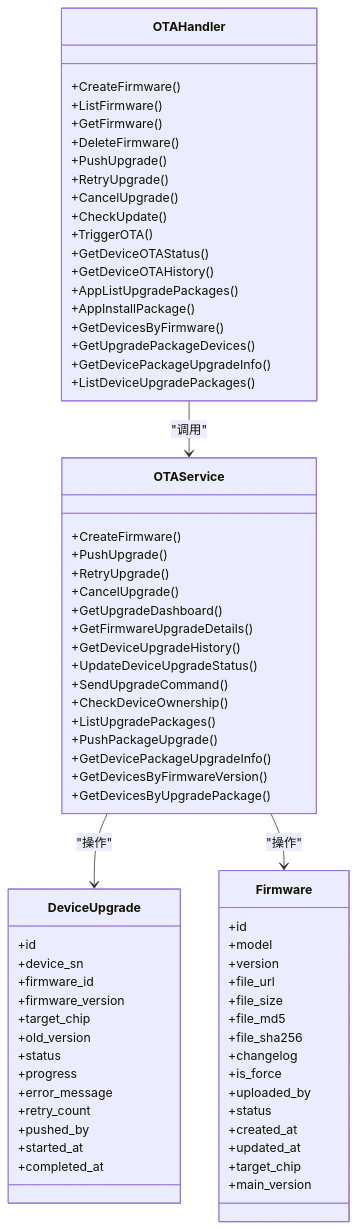
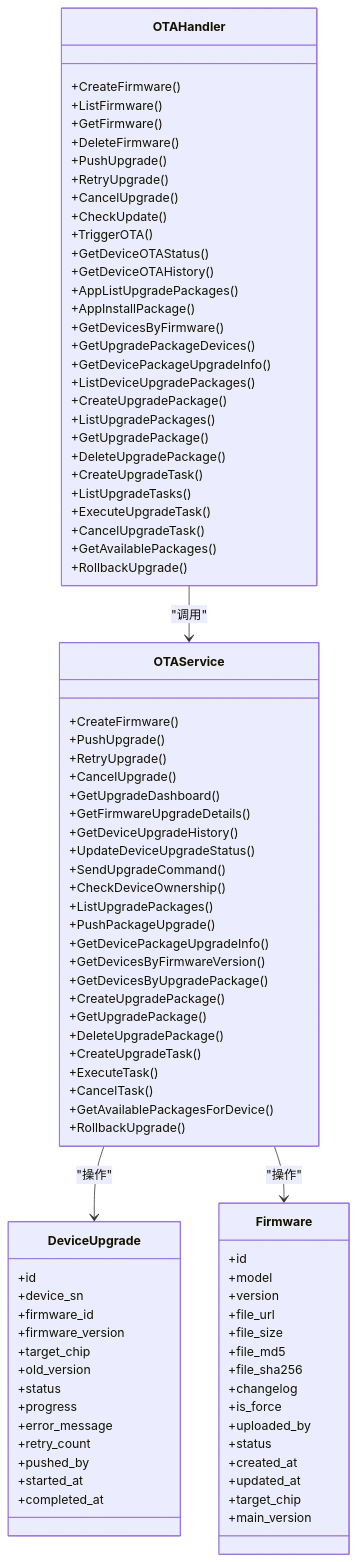
Before and after one commit to mcmrzy/cs_inv_monitor-develop: diagram 11 of 12 in .qoder/repowiki/zh/content/API参考文档/OTA升级API.md, drawn with Mermaid. The commit also changed other lines of this file and 28 other files, not shown here.

```diff
--- a/.qoder/repowiki/zh/content/API参考文档/OTA升级API.md
+++ b/.qoder/repowiki/zh/content/API参考文档/OTA升级API.md
@@ -472,6 +549,16 @@
 +GetUpgradePackageDevices()
 +GetDevicePackageUpgradeInfo()
 +ListDeviceUpgradePackages()
++CreateUpgradePackage()
++ListUpgradePackages()
++GetUpgradePackage()
++DeleteUpgradePackage()
++CreateUpgradeTask()
++ListUpgradeTasks()
++ExecuteUpgradeTask()
++CancelUpgradeTask()
++GetAvailablePackages()
++RollbackUpgrade()
 }
 class OTAService {
 +CreateFirmware()
@@ -489,6 +576,14 @@
 +GetDevicePackageUpgradeInfo()
 +GetDevicesByFirmwareVersion()
 +GetDevicesByUpgradePackage()
++CreateUpgradePackage()
++GetUpgradePackage()
++DeleteUpgradePackage()
++CreateUpgradeTask()
++ExecuteTask()
++CancelTask()
++GetAvailablePackagesForDevice()
++RollbackUpgrade()
 }
 class DeviceUpgrade {
 +id
```
